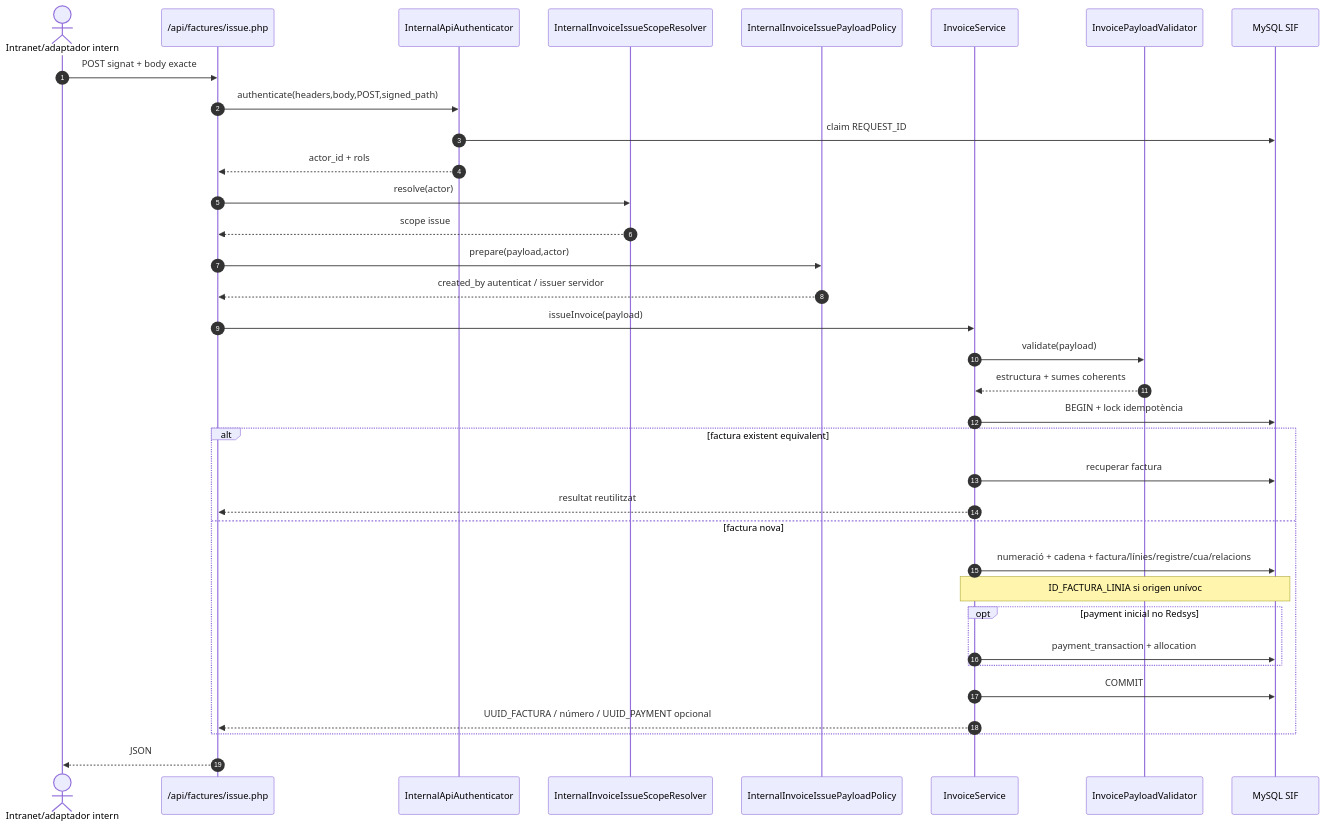
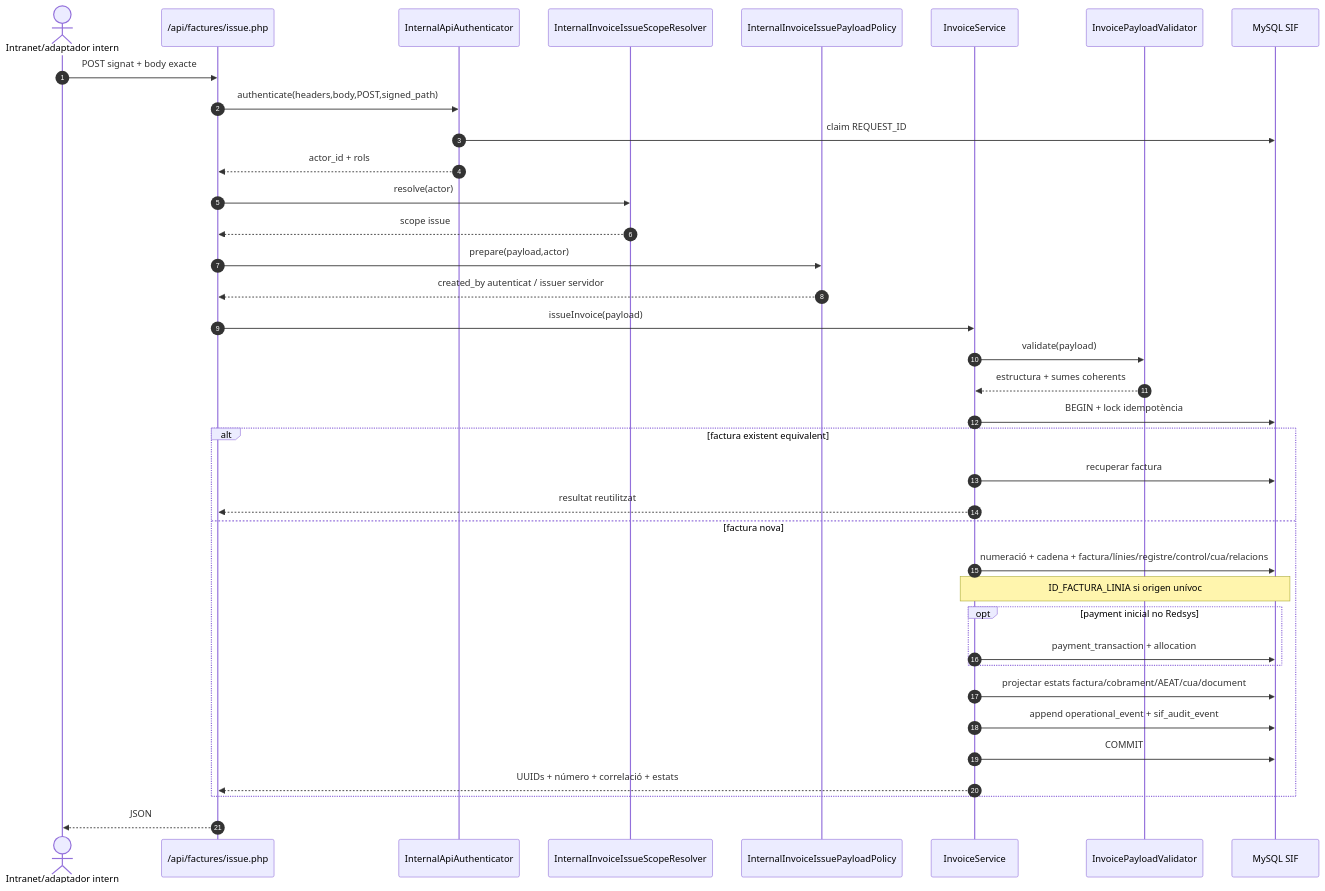
The first of 4 diagrams in documentacio/07-uml-integrat/uc-001-sequencies-actual-final.md (orgmeriemprismacat-del/verifactu), drawn with Mermaid before and after one commit. The commit also changed other lines of this file, not shown here.

Commit message:
docs(UC-001): actualitzar sequencia amb audit i projeccio estats

````diff
--- a/documentacio/07-uml-integrat/uc-001-sequencies-actual-final.md
+++ b/documentacio/07-uml-integrat/uc-001-sequencies-actual-final.md
@@ -5,37 +5,39 @@
 ```mermaid
 sequenceDiagram
 autonumber
 actor I as Intranet/adaptador intern
 participant API as /api/factures/issue.php
 participant A as InternalApiAuthenticator
 participant R as InternalInvoiceIssueScopeResolver
 participant P as InternalInvoiceIssuePayloadPolicy
 participant S as InvoiceService
 participant V as InvoicePayloadValidator
 participant DB as MySQL SIF
 I->>API: POST signat + body exacte
 API->>A: authenticate(headers,body,POST,signed_path)
 A->>DB: claim REQUEST_ID
 A-->>API: actor_id + rols
 API->>R: resolve(actor)
 R-->>API: scope issue
 API->>P: prepare(payload,actor)
 P-->>API: created_by autenticat / issuer servidor
 API->>S: issueInvoice(payload)
 S->>V: validate(payload)
 V-->>S: estructura + sumes coherents
 S->>DB: BEGIN + lock idempotència
 alt factura existent equivalent
  S->>DB: recuperar factura
  S-->>API: resultat reutilitzat
 else factura nova
- S->>DB: numeració + cadena + factura/línies/registre/cua/relacions
+ S->>DB: numeració + cadena + factura/línies/registre/control/cua/relacions
  Note over S,DB: ID_FACTURA_LINIA si origen unívoc
  opt payment inicial no Redsys
   S->>DB: payment_transaction + allocation
  end
+ S->>DB: projectar estats factura/cobrament/AEAT/cua/document
+ S->>DB: append operational_event + sif_audit_event
  S->>DB: COMMIT
- S-->>API: UUID_FACTURA / número / UUID_PAYMENT opcional
+ S-->>API: UUIDs + número + correlació + estats
 end
 API-->>I: JSON
 ```
````
